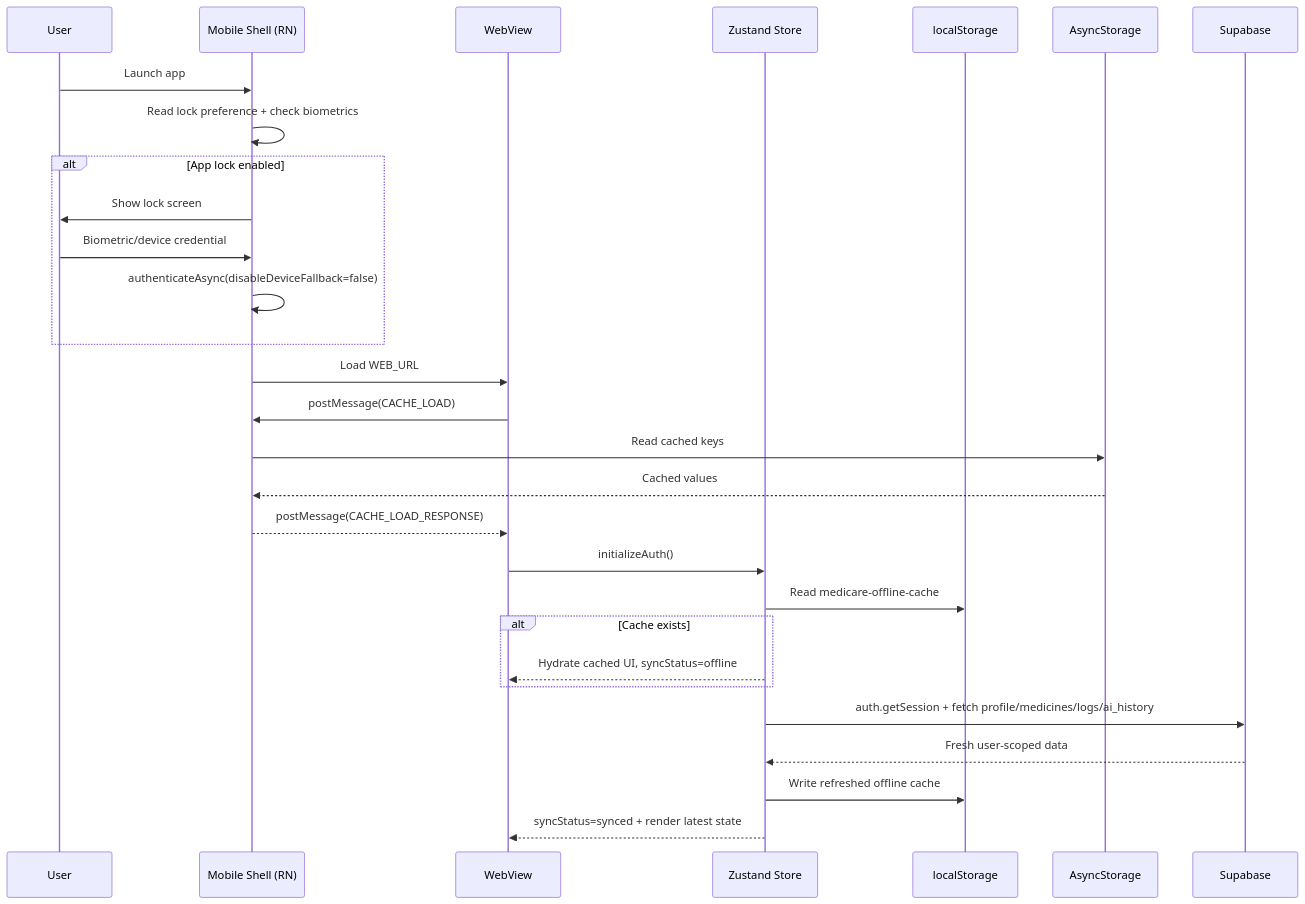
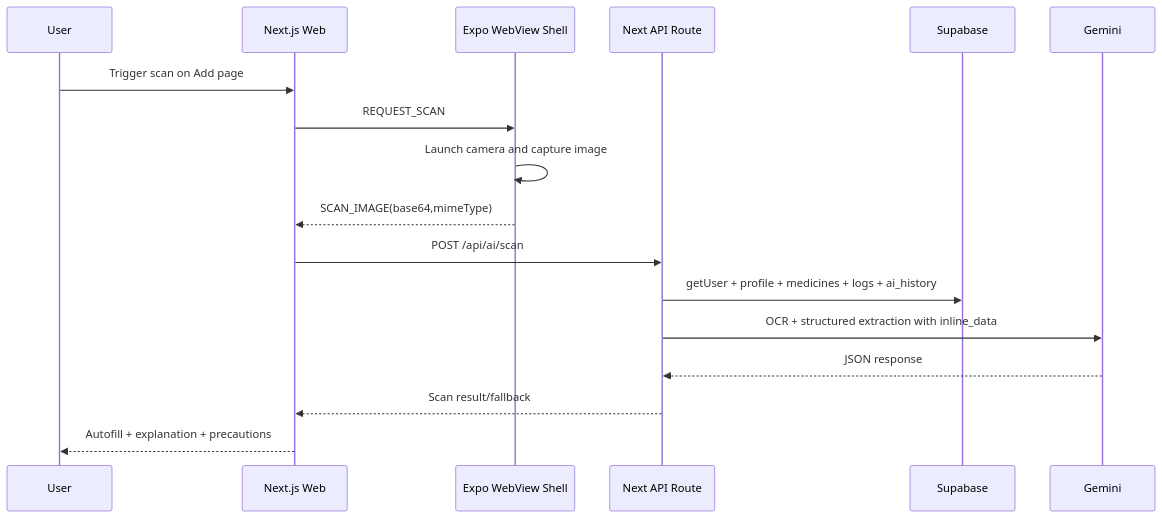
The third of 3 diagrams in README.md (singhshubham4422/Hckthon), drawn with Mermaid before and after one commit. The commit also changed other lines of this file, not shown here.

````diff
--- a/README.md
+++ b/README.md
@@ -210,35 +201,20 @@
 ```mermaid
 sequenceDiagram
-  participant U as User
-  participant M as Mobile Shell (RN)
-  participant W as WebView
-  participant S as Zustand Store
-  participant L as localStorage
-  participant A as AsyncStorage
-  participant SP as Supabase
+  participant User
+  participant Web as Next.js Web
+  participant Mobile as Expo WebView Shell
+  participant API as Next API Route
+  participant Supabase
+  participant Gemini
 
-  U->>M: Launch app
-  M->>M: Read lock preference + check biometrics
-  alt App lock enabled
-    M->>U: Show lock screen
-    U->>M: Biometric/device credential
-    M->>M: authenticateAsync(disableDeviceFallback=false)
-  end
-
-  M->>W: Load WEB_URL
-  W->>M: postMessage(CACHE_LOAD)
-  M->>A: Read cached keys
-  A-->>M: Cached values
-  M-->>W: postMessage(CACHE_LOAD_RESPONSE)
-
-  W->>S: initializeAuth()
-  S->>L: Read medicare-offline-cache
-  alt Cache exists
-    S-->>W: Hydrate cached UI, syncStatus=offline
-  end
-
-  S->>SP: auth.getSession + fetch profile/medicines/logs/ai_history
-  SP-->>S: Fresh user-scoped data
-  S->>L: Write refreshed offline cache
-  S-->>W: syncStatus=synced + render latest state
+  User->>Web: Trigger scan on Add page
+  Web->>Mobile: REQUEST_SCAN
+  Mobile->>Mobile: Launch camera and capture image
+  Mobile-->>Web: SCAN_IMAGE(base64,mimeType)
+  Web->>API: POST /api/ai/scan
+  API->>Supabase: getUser + profile + medicines + logs + ai_history
+  API->>Gemini: OCR + structured extraction with inline_data
+  Gemini-->>API: JSON response
+  API-->>Web: Scan result/fallback
+  Web-->>User: Autofill + explanation + precautions
 ```
````
